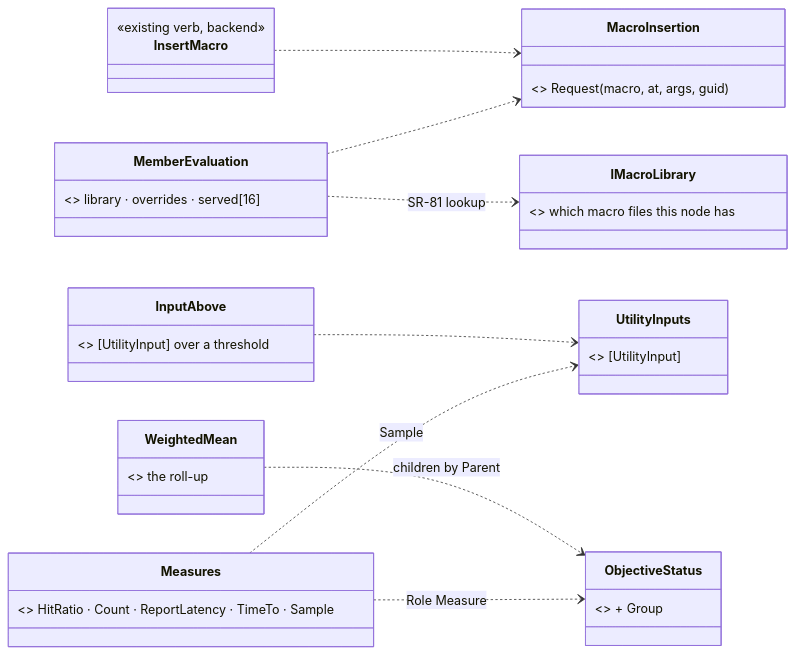
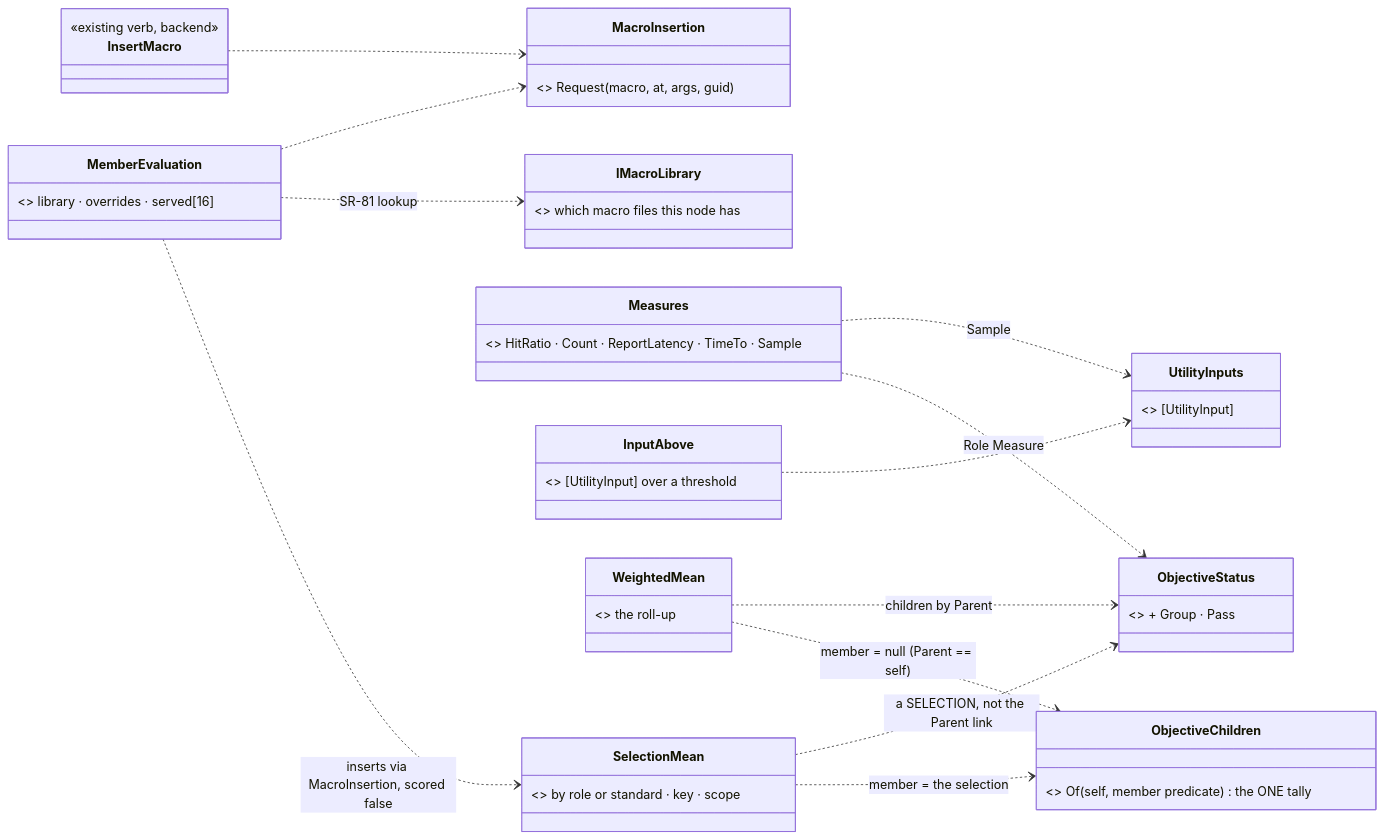
Before and after one commit to pjanec/HROT: the tenth of 25 diagrams in docs/DESIGN_Scenario_Rules.md, drawn with Mermaid. The commit also changed other lines of this file and 11 other files, not shown here.

First line of the commit message:
rules S4 scores ① ⑤: SelectionMean — role composites and the squad's mean of a standard by SELECTION (one tally, a membership predicate), inserted by MemberEvaluation through MacroInsertion; the PH-6 debrief fields as reads; rails

````diff
--- a/docs/DESIGN_Scenario_Rules.md
+++ b/docs/DESIGN_Scenario_Rules.md
@@ -547,20 +547,26 @@
 ```mermaid
 classDiagram
     direction LR
     class MemberEvaluation { <<NEW kind>> library · overrides · served[16] }
     class MacroInsertion { <<NEW shared helper>> Request(macro, at, args, guid) }
     class InsertMacro { <<existing verb, backend>> }
     class IMacroLibrary { <<existing>> which macro files this node has }
     class Measures { <<NEW kinds>> HitRatio · Count · ReportLatency · TimeTo · Sample }
     class InputAbove { <<NEW predicate leaf>> [UtilityInput] over a threshold }
     class UtilityInputs { <<existing registry>> [UtilityInput] }
     class WeightedMean { <<existing aggregator>> the roll-up }
-    class ObjectiveStatus { <<existing 425 / 171>> + Group }
+    class SelectionMean { <<NEW kind, S4 ①>> by role or standard · key · scope }
+    class ObjectiveChildren { <<existing>> Of(self, member predicate) the ONE tally }
+    class ObjectiveStatus { <<existing 425 / 171>> + Group · Pass }
     MemberEvaluation ..> MacroInsertion
     InsertMacro ..> MacroInsertion
     MemberEvaluation ..> IMacroLibrary : SR-81 lookup
     Measures ..> UtilityInputs : Sample
     InputAbove ..> UtilityInputs
     Measures ..> ObjectiveStatus : Role Measure
     WeightedMean ..> ObjectiveStatus : children by Parent
+    SelectionMean ..> ObjectiveStatus : a SELECTION, not the Parent link
+    WeightedMean ..> ObjectiveChildren : member = null (Parent == self)
+    SelectionMean ..> ObjectiveChildren : member = the selection
+    MemberEvaluation ..> SelectionMean : inserts via MacroInsertion, scored false
 ```
````
